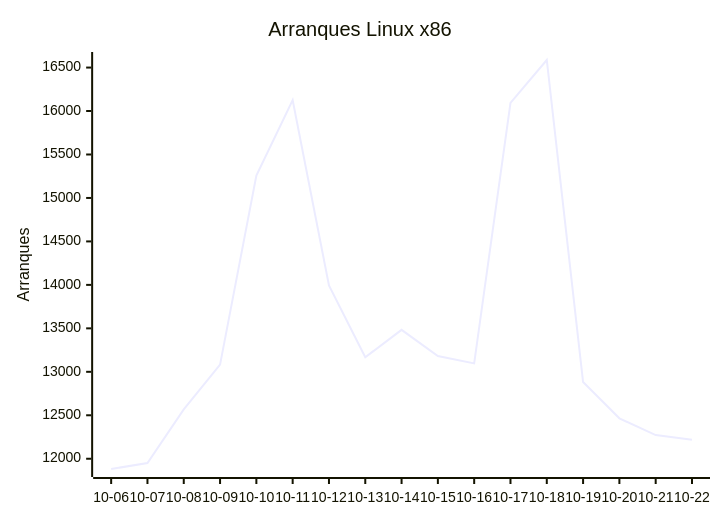
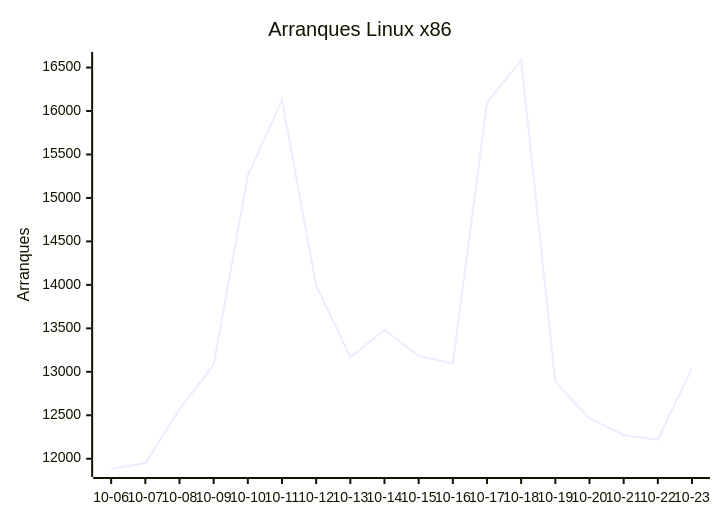
The first of 9 diagrams in README.md (EmuDeck/stats), drawn with Mermaid before and after one commit. The commit also changed other lines of this file and 2 other files, not shown here.

````diff
--- a/README.md
+++ b/README.md
@@ -18,7 +18,7 @@
 ```mermaid
 xychart-beta
     title "Arranques Linux x86"
-    x-axis ["10-06", "10-07", "10-08", "10-09", "10-10", "10-11", "10-12", "10-13", "10-14", "10-15", "10-16", "10-17", "10-18", "10-19", "10-20", "10-21", "10-22"]
+    x-axis ["10-06", "10-07", "10-08", "10-09", "10-10", "10-11", "10-12", "10-13", "10-14", "10-15", "10-16", "10-17", "10-18", "10-19", "10-20", "10-21", "10-22", "10-23"]
     y-axis "Arranques"
-    line [11882, 11951, 12567, 13083, 15258, 16125, 13994, 13168, 13483, 13181, 13097, 16093, 16587, 12882, 12465, 12272, 12219]
+    line [11882, 11951, 12567, 13083, 15258, 16125, 13994, 13168, 13483, 13181, 13097, 16093, 16587, 12882, 12465, 12272, 12219, 13039]
 ```
````
